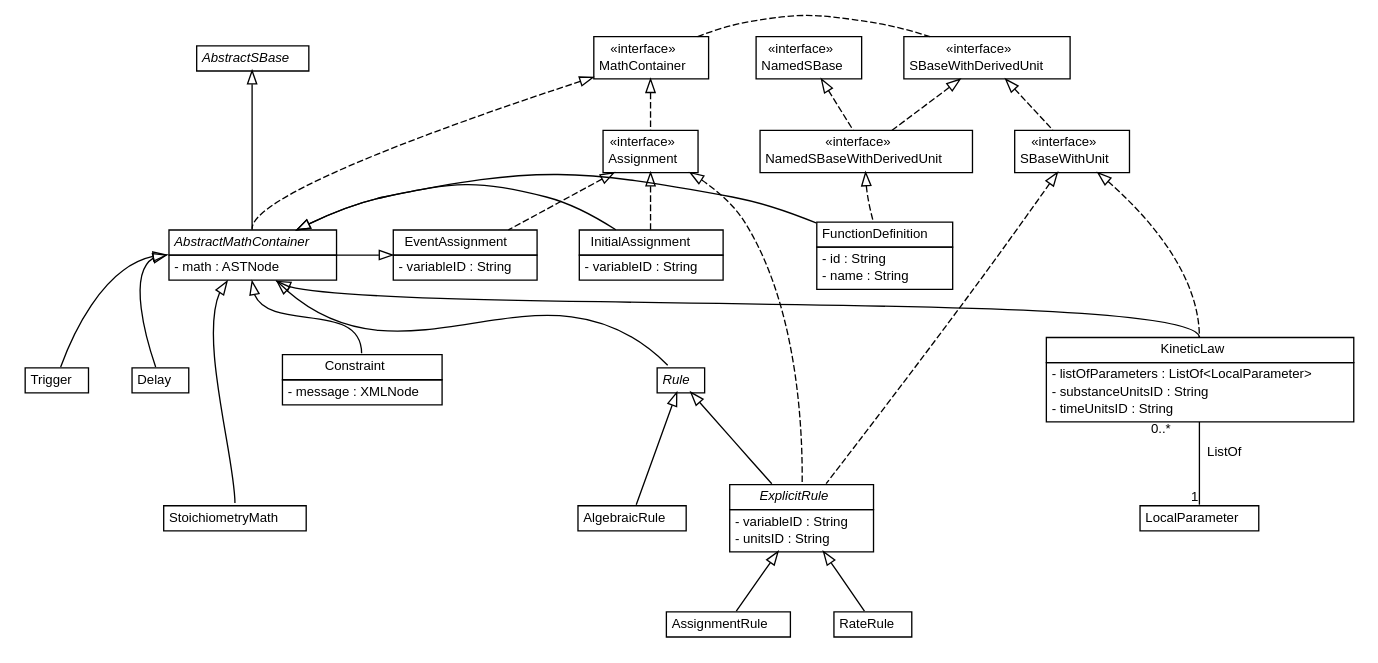
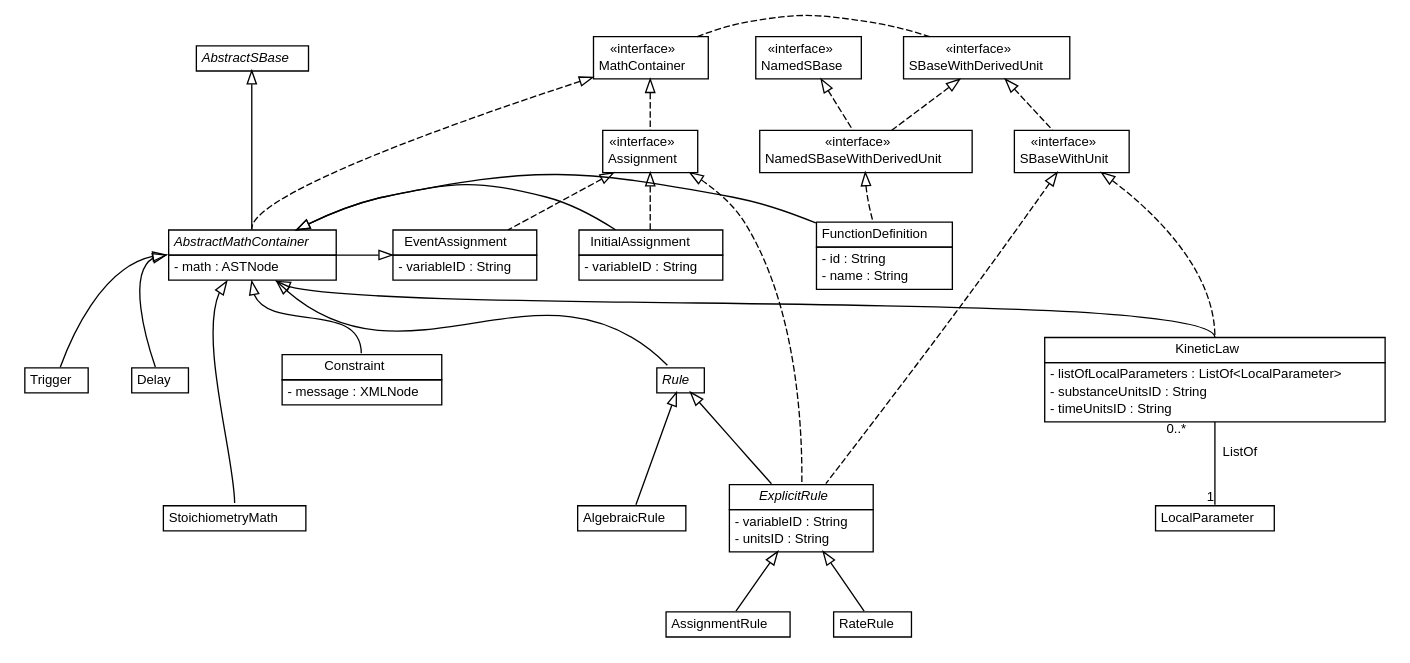
Before and after one commit to sbmlteam/jsbml: the diagram in doc/img/MathContainer.dot, drawn with Graphviz. The commit also changed 9 other files, not shown here.

```diff
--- a/doc/img/MathContainer.dot
+++ b/doc/img/MathContainer.dot
@@ -136,7 +136,7 @@
 <tr><td align="center" balign="center"> KineticLaw </td></tr>
 		</table></td></tr>
 		<tr><td><table border="0" cellspacing="0" cellpadding="1">
-<tr><td align="left" balign="left"> - listOfParameters : ListOf&lt;LocalParameter&gt; </td></tr>
+<tr><td align="left" balign="left"> - listOfLocalParameters : ListOf&lt;LocalParameter&gt; </td></tr>
 <tr><td align="left" balign="left"> - substanceUnitsID : String </td></tr>
 <tr><td align="left" balign="left"> - timeUnitsID : String </td></tr>
 		</table></td></tr>
```
